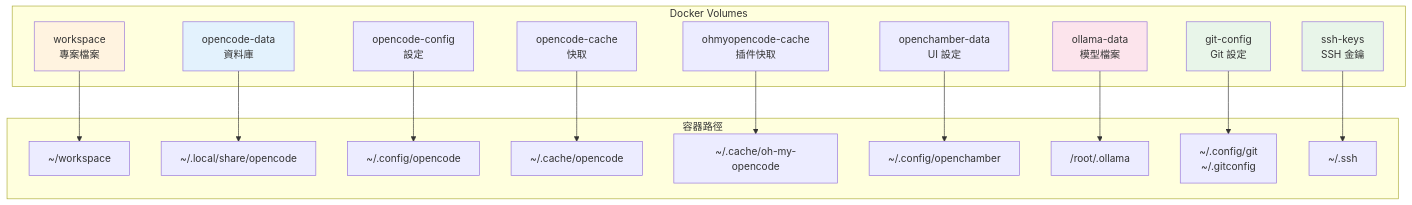
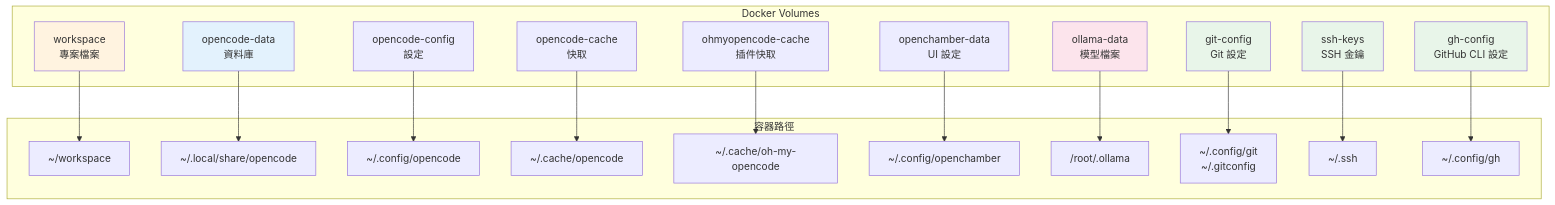
Before and after one commit to tryweb/ai-engkit: the ninth of 12 diagrams in docs/ARCHITECTURE.md, drawn with Mermaid. The commit also changed other lines of this file and 4 other files, not shown here.

````diff
--- a/docs/ARCHITECTURE.md
+++ b/docs/ARCHITECTURE.md
@@ -292,42 +292,46 @@
 ```mermaid
 graph TB
     subgraph "Docker Volumes"
         VOL_WS["workspace<br/>專案檔案"]
         VOL_DATA["opencode-data<br/>資料庫"]
         VOL_CONFIG["opencode-config<br/>設定"]
         VOL_CACHE["opencode-cache<br/>快取"]
         VOL_OHMY["ohmyopencode-cache<br/>插件快取"]
         VOL_CHAMBER["openchamber-data<br/>UI 設定"]
         VOL_OLLAMA["ollama-data<br/>模型檔案"]
         VOL_GIT["git-config<br/>Git 設定"]
         VOL_SSH["ssh-keys<br/>SSH 金鑰"]
+        VOL_GH["gh-config<br/>GitHub CLI 設定"]
     end
 
     subgraph "容器路徑"
         C_WS["~/workspace"]
         C_DATA["~/.local/share/opencode"]
         C_CONFIG["~/.config/opencode"]
         C_CACHE["~/.cache/opencode"]
         C_OHMY["~/.cache/oh-my-opencode"]
         C_CHAMBER["~/.config/openchamber"]
         O_OLLAMA["/root/.ollama"]
         C_GIT["~/.config/git<br/>~/.gitconfig"]
         C_SSH["~/.ssh"]
+        C_GH["~/.config/gh"]
     end
 
     VOL_WS --> C_WS
     VOL_DATA --> C_DATA
     VOL_CONFIG --> C_CONFIG
     VOL_CACHE --> C_CACHE
     VOL_OHMY --> C_OHMY
     VOL_CHAMBER --> C_CHAMBER
     VOL_OLLAMA --> O_OLLAMA
     VOL_GIT --> C_GIT
     VOL_SSH --> C_SSH
+    VOL_GH --> C_GH
 
     style VOL_WS fill:#fff3e0
     style VOL_DATA fill:#e3f2fd
     style VOL_OLLAMA fill:#fce4ec
     style VOL_GIT fill:#e8f5e9
     style VOL_SSH fill:#e8f5e9
+    style VOL_GH fill:#e8f5e9
 ```
````
